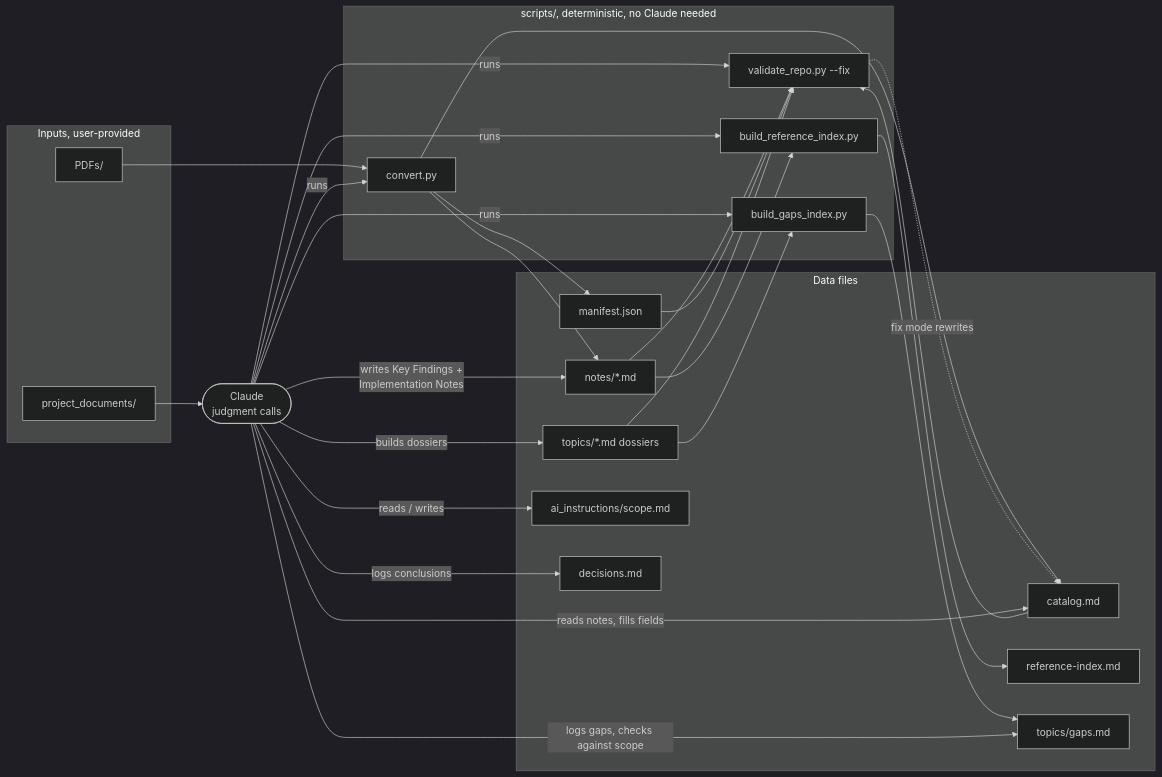
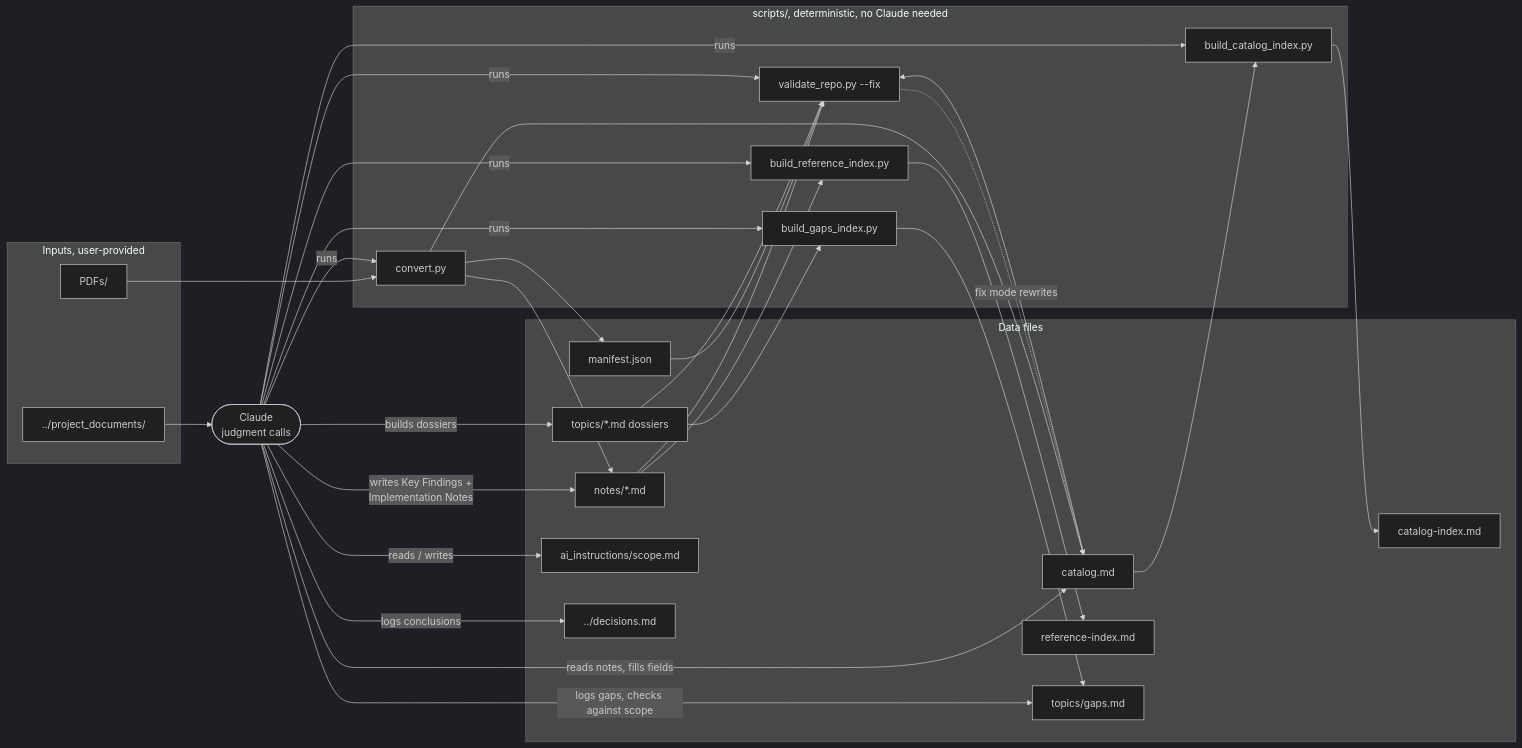
One commit to jonaHaggarde/literature_study_template changed the fourth of 5 diagrams in study/workflow-diagram.md. Above: the diagram before and after it, drawn with Mermaid (dark theme). The commit also changed other lines of this file and 41 other files, not shown here.

First line of the commit message:
Ship root/study split, agent tiering, and catalog index

````diff
--- a/study/workflow-diagram.md
+++ b/study/workflow-diagram.md
@@ -113,53 +115,57 @@
 ```mermaid
 flowchart LR
     subgraph INPUTS["Inputs, user-provided"]
         PDFs["PDFs/"]
-        ProjDocs["project_documents/"]
+        ProjDocs["../project_documents/"]
     end
 
     CLAUDE(["Claude<br/>judgment calls"])
 
     subgraph SCRIPTS["scripts/, deterministic, no Claude needed"]
         Convert["convert.py"]
         RefIdx["build_reference_index.py"]
+        CatIdx["build_catalog_index.py"]
         GapsIdx["build_gaps_index.py"]
         Validate["validate_repo.py --fix"]
     end
 
     subgraph FILES["Data files"]
         Notes["notes/*.md"]
         Manifest["manifest.json"]
         Catalog["catalog.md"]
         RefIndexFile["reference-index.md"]
+        CatIndexFile["catalog-index.md"]
         Topics["topics/*.md dossiers"]
         Gaps["topics/gaps.md"]
         Scope["ai_instructions/scope.md"]
-        Decisions["decisions.md"]
+        Decisions["../decisions.md"]
     end
 
     PDFs --> Convert
     Convert --> Notes
     Convert --> Catalog
     Convert --> Manifest
 
     Notes --> RefIdx --> RefIndexFile
+    Catalog --> CatIdx --> CatIndexFile
     Topics --> GapsIdx --> Gaps
 
     Catalog --> Validate
     Notes --> Validate
     Manifest --> Validate
     Topics --> Validate
     Validate -. "fix mode rewrites" .-> Catalog
 
     ProjDocs --> CLAUDE
     CLAUDE -- "reads / writes" --> Scope
     CLAUDE -- "reads notes, fills fields" --> Catalog
     CLAUDE -- "writes Key Findings +<br/>Implementation Notes" --> Notes
     CLAUDE -- "builds dossiers" --> Topics
     CLAUDE -- "logs gaps, checks against scope" --> Gaps
     CLAUDE -- "logs conclusions" --> Decisions
     CLAUDE -- runs --> Convert
     CLAUDE -- runs --> RefIdx
+    CLAUDE -- runs --> CatIdx
     CLAUDE -- runs --> GapsIdx
     CLAUDE -- runs --> Validate
 ```
````
